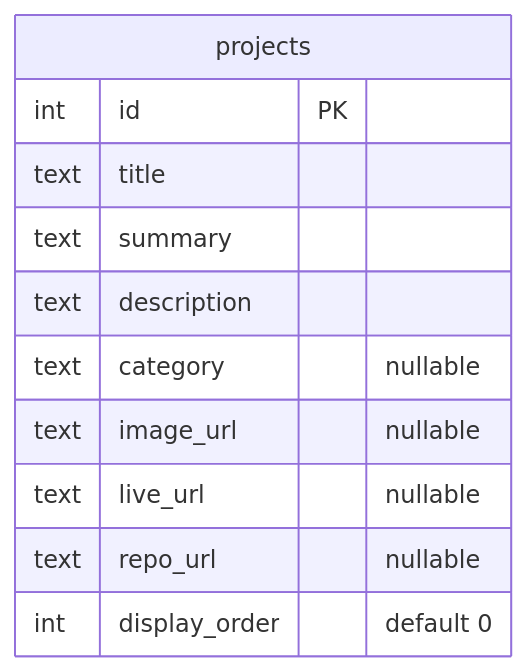
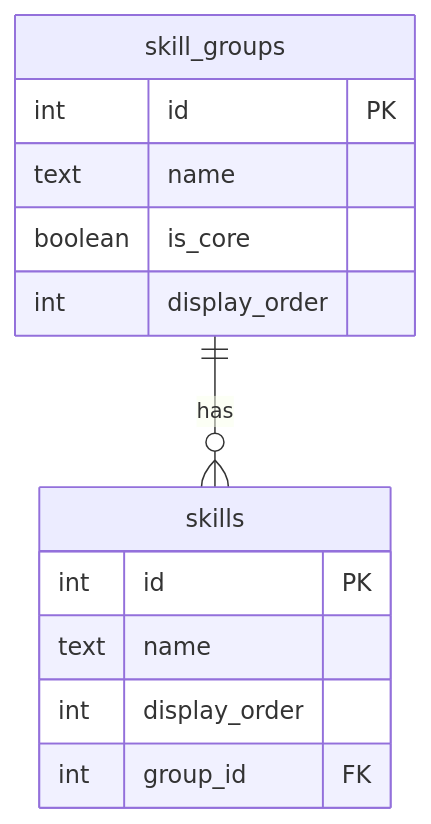
The diagram in docs/05-database-documentation.md (mdevaangini/portfolio), drawn with Mermaid before and after one commit. The commit also changed other lines of this file and 32 other files, not shown here.

````diff
--- a/docs/05-database-documentation.md
+++ b/docs/05-database-documentation.md
@@ -78,14 +139,16 @@
 ```mermaid
 erDiagram
-    projects {
+    skill_groups ||--o{ skills : "has"
+    skill_groups {
         int id PK
-        text title
-        text summary
-        text description
-        text category "nullable"
-        text image_url "nullable"
-        text live_url "nullable"
-        text repo_url "nullable"
-        int display_order "default 0"
+        text name
+        boolean is_core
+        int display_order
+    }
+    skills {
+        int id PK
+        text name
+        int display_order
+        int group_id FK
     }
 ```
````
